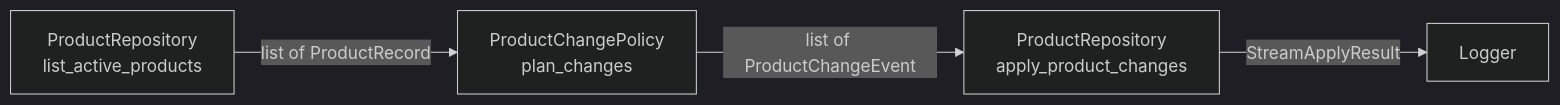
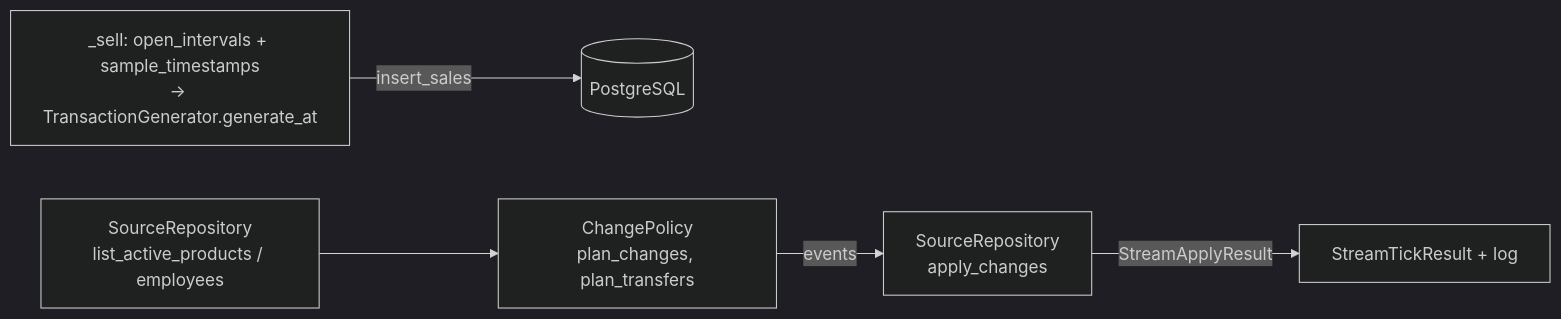
One commit to whtbl3/retail-pulse changed the third of 3 diagrams in docs/design/data-generator.md. Above: the diagram before and after it, drawn with Mermaid (dark theme). The commit also changed other lines of this file and 23 other files, not shown here.

````diff
--- a/docs/design/data-generator.md
+++ b/docs/design/data-generator.md
@@ -356,6 +105,7 @@
 ```mermaid
 flowchart LR
-    A[ProductRepository<br/>list_active_products] -->|list of ProductRecord| B[ProductChangePolicy<br/>plan_changes]
-    B -->|list of ProductChangeEvent| C[ProductRepository<br/>apply_product_changes]
-    C -->|StreamApplyResult| D[Logger]
+    SELL["_sell: open_intervals + sample_timestamps<br/>→ TransactionGenerator.generate_at"] -->|insert_sales| PG[(PostgreSQL)]
+    A[SourceRepository<br/>list_active_products / employees] --> B[ChangePolicy<br/>plan_changes, plan_transfers]
+    B -->|events| C[SourceRepository<br/>apply_changes]
+    C -->|StreamApplyResult| D[StreamTickResult + log]
 ```
````
